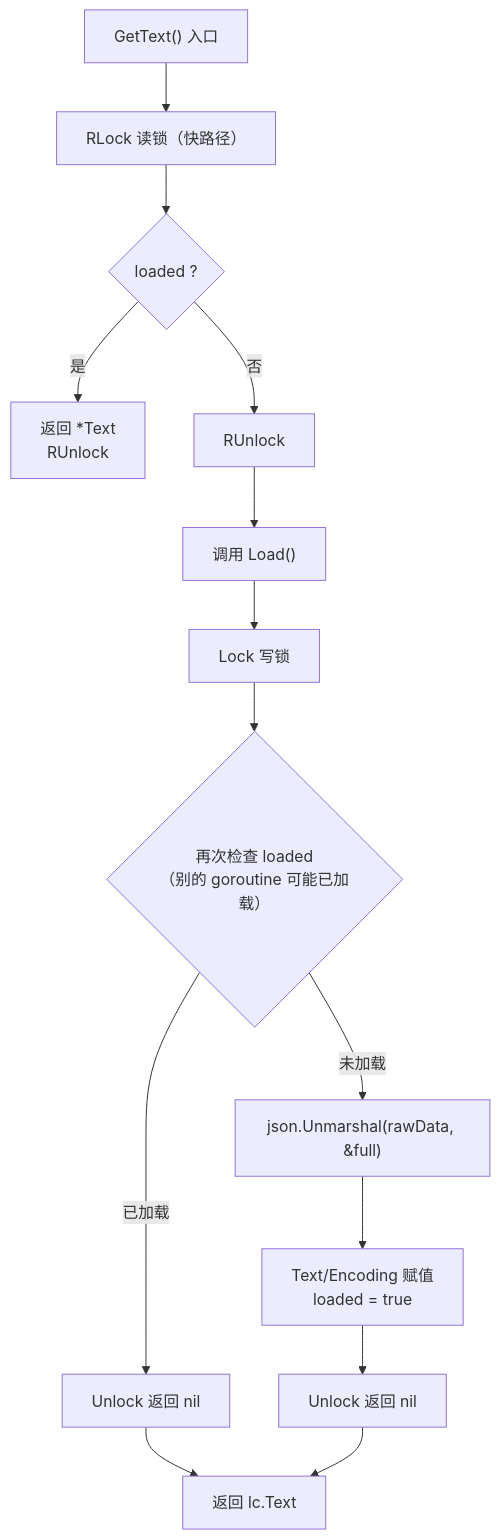
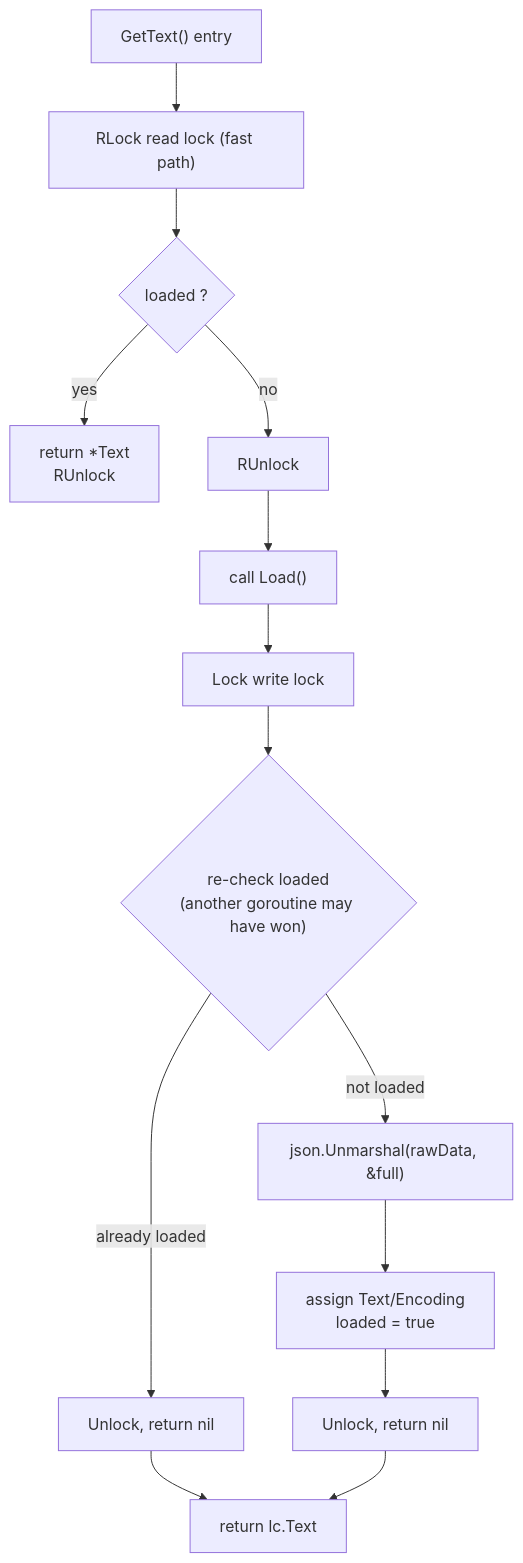
Before and after one commit to hitechcloud-vietnam/har-skills: the second of 4 diagrams in website/zh/internals/lazy-loading.md, drawn with Mermaid. The commit also changed other lines of this file and 97 other files, not shown here.

````diff
--- a/website/zh/internals/lazy-loading.md
+++ b/website/zh/internals/lazy-loading.md
@@ -156,16 +156,16 @@
 ```mermaid
 flowchart TD
-  Start["GetText() 入口"] --> RLock["RLock 读锁（快路径）"]
+  Start["GetText() entry"] --> RLock["RLock read lock (fast path)"]
   RLock --> Check1{"loaded ?"}
-  Check1 -->|"是"| Fast["返回 *Text<br/>RUnlock"]
-  Check1 -->|"否"| RUnlock["RUnlock"]
-  RUnlock --> CallLoad["调用 Load()"]
-  CallLoad --> Lock["Lock 写锁"]
-  Lock --> Check2{"再次检查 loaded<br/>（别的 goroutine 可能已加载）"}
-  Check2 -->|"已加载"| Unlock2["Unlock 返回 nil"]
-  Check2 -->|"未加载"| Parse["json.Unmarshal(rawData, &full)"]
-  Parse --> Set["Text/Encoding 赋值<br/>loaded = true"]
-  Set --> Unlock3["Unlock 返回 nil"]
-  Unlock2 --> Return["返回 lc.Text"]
+  Check1 -->|"yes"| Fast["return *Text<br/>RUnlock"]
+  Check1 -->|"no"| RUnlock["RUnlock"]
+  RUnlock --> CallLoad["call Load()"]
+  CallLoad --> Lock["Lock write lock"]
+  Lock --> Check2{"re-check loaded<br/>(another goroutine may have won)"}
+  Check2 -->|"already loaded"| Unlock2["Unlock, return nil"]
+  Check2 -->|"not loaded"| Parse["json.Unmarshal(rawData, &full)"]
+  Parse --> Set["assign Text/Encoding<br/>loaded = true"]
+  Set --> Unlock3["Unlock, return nil"]
+  Unlock2 --> Return["return lc.Text"]
   Unlock3 --> Return
 ```
````
